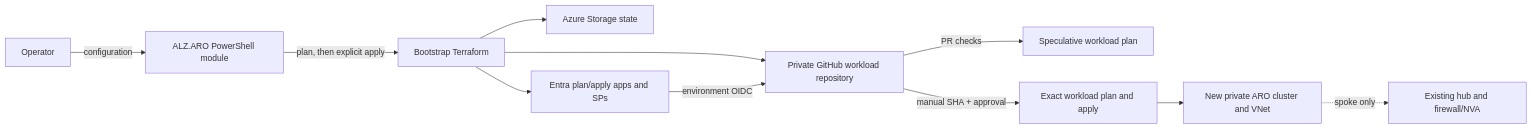
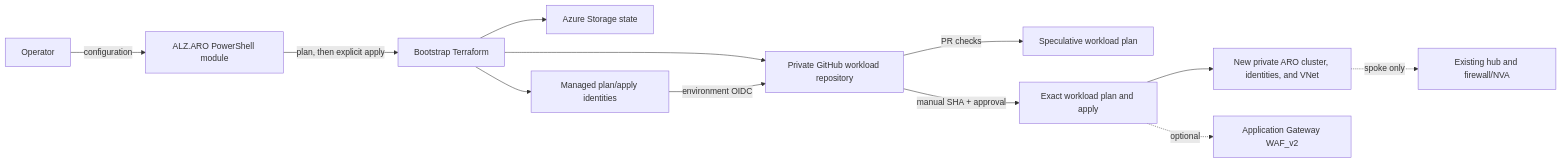
Before and after one commit to abengtss-max/aroapplz: the diagram in docs/concepts/how-it-works.md, drawn with Mermaid. The commit also changed other lines of this file and 39 other files, not shown here.

Commit message:
feat: adopt managed identities and application gateway

````diff
--- a/docs/concepts/how-it-works.md
+++ b/docs/concepts/how-it-works.md
@@ -5,13 +5,14 @@
 ```mermaid
 flowchart LR
   Operator[Operator] -->|configuration| Module[ALZ.ARO PowerShell module]
   Module -->|plan, then explicit apply| Bootstrap[Bootstrap Terraform]
   Bootstrap --> State[Azure Storage state]
-  Bootstrap --> Identities[Entra plan/apply apps and SPs]
+  Bootstrap --> Identities[Managed plan/apply identities]
   Bootstrap --> Repo[Private GitHub workload repository]
   Identities -->|environment OIDC| Repo
   Repo -->|PR checks| Plan[Speculative workload plan]
   Repo -->|manual SHA + approval| Apply[Exact workload plan and apply]
-  Apply --> ARO[New private ARO cluster and VNet]
+  Apply --> ARO[New private ARO cluster, identities, and VNet]
+  Apply -. optional .-> AGW[Application Gateway WAF_v2]
   ARO -. spoke only .-> Hub[Existing hub and firewall/NVA]
 ```
````
